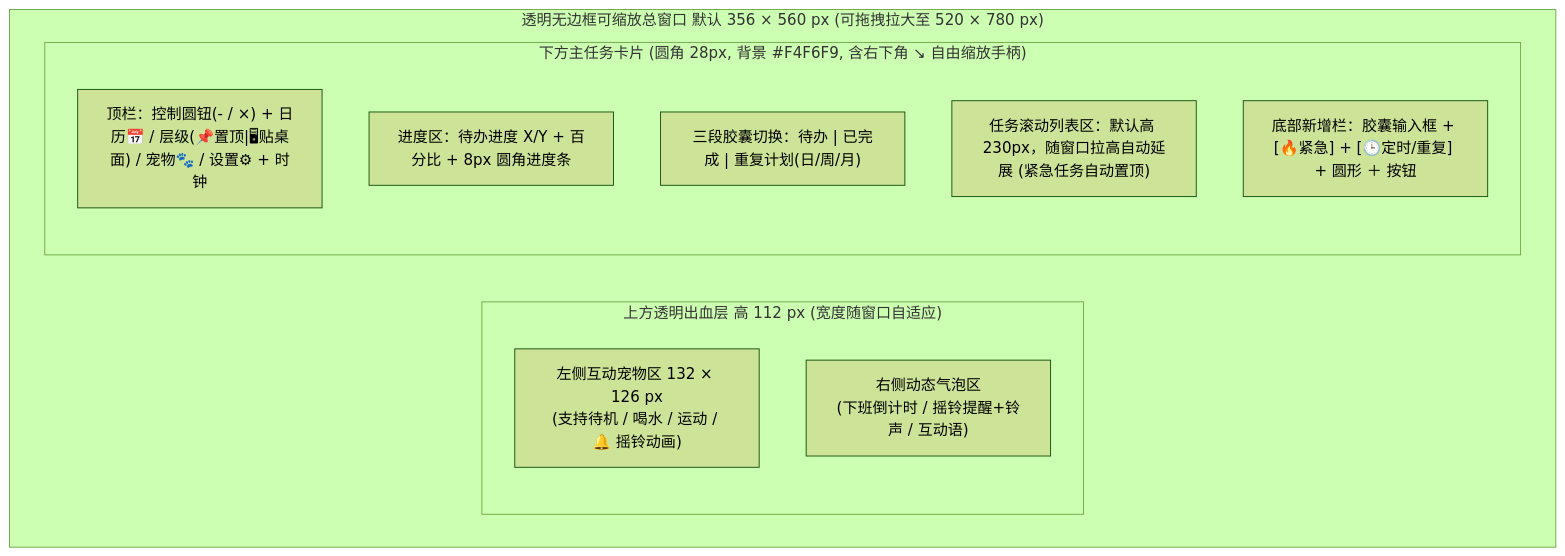
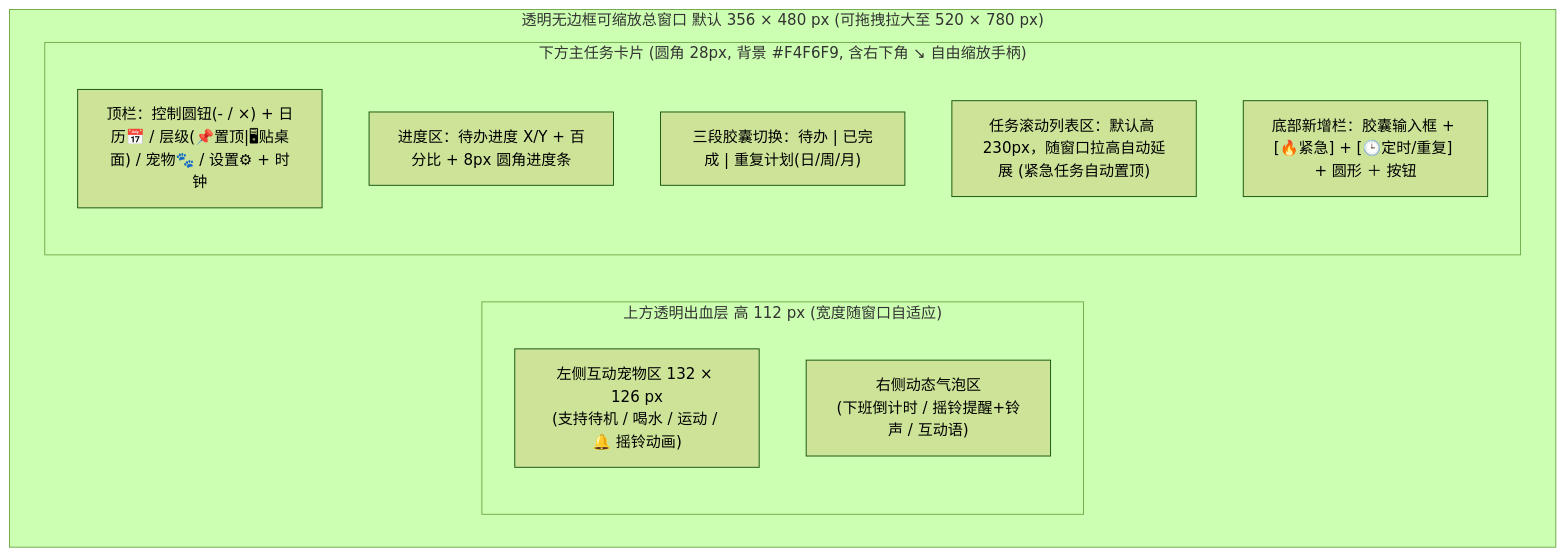
Before and after one commit to tenghuan123/ZaiZai: the first of 2 diagrams in docs/prototype-design.md, drawn with Mermaid (forest theme). The commit also changed other lines of this file and 53 other files, not shown here.

````diff
--- a/docs/prototype-design.md
+++ b/docs/prototype-design.md
@@ -31,16 +31,16 @@
 ```mermaid
 flowchart TB
-    subgraph Window["透明无边框可缩放总窗口 默认 356 × 560 px (可拖拽拉大至 520 × 780 px)"]
+    subgraph Window["透明无边框可缩放总窗口 默认 356 × 480 px (可拖拽拉大至 520 × 780 px)"]
         subgraph TopLayer["上方透明出血层 高 112 px (宽度随窗口自适应)"]
             Pet["左侧互动宠物区 132 × 126 px<br/>(支持待机 / 喝水 / 运动 / 🔔 摇铃动画)"]
             Bubble["右侧动态气泡区<br/>(下班倒计时 / 摇铃提醒+铃声 / 互动语)"]
         end
         subgraph CardLayer["下方主任务卡片 (圆角 28px, 背景 #F4F6F9, 含右下角 ↘ 自由缩放手柄)"]
             Header["顶栏：控制圆钮(- / ×) + 日历📅 / 层级(📌置顶|🖥贴桌面) / 宠物🐾 / 设置⚙ + 时钟"]
             Progress["进度区：待办进度 X/Y + 百分比 + 8px 圆角进度条"]
             Tabs["三段胶囊切换：待办 | 已完成 | 重复计划(日/周/月)"]
             List["任务滚动列表区：默认高 230px，随窗口拉高自动延展 (紧急任务自动置顶)"]
             Footer["底部新增栏：胶囊输入框 + [🔥紧急] + [🕒定时/重复] + 圆形 ＋ 按钮"]
         end
     end
 ```
````
